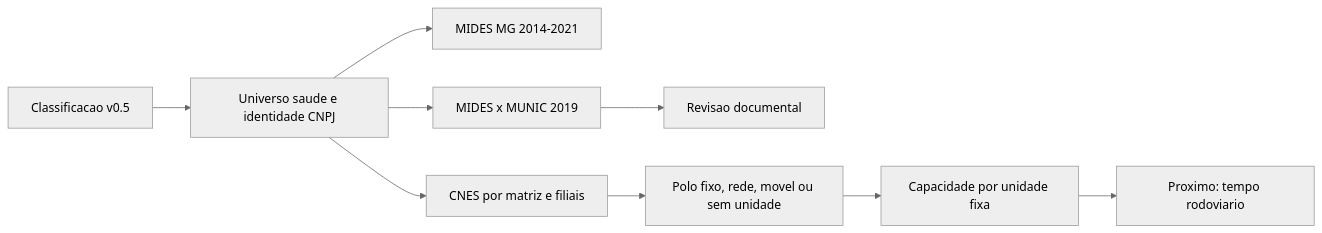
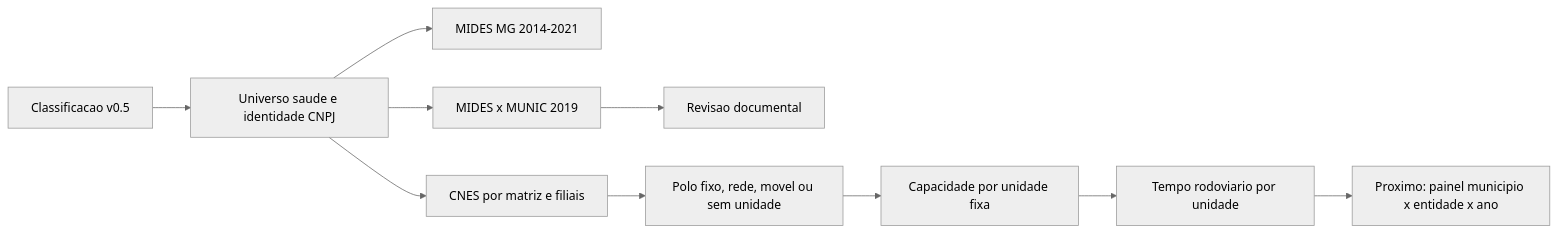
Before and after one commit to driano1221/consorcios-mg-dados-territorio: the diagram in analises/modelo_gravitacional_saude/README.md, drawn with Mermaid (neutral theme). The commit also changed other lines of this file and 9 other files, not shown here.

Commit message:
feat: integrar tempo rodoviario da oferta de saude

````diff
--- a/analises/modelo_gravitacional_saude/README.md
+++ b/analises/modelo_gravitacional_saude/README.md
@@ -31,11 +33,12 @@
 ```mermaid
 flowchart LR
   A[Classificacao v0.5] --> B[Universo saude e identidade CNPJ]
   B --> C[MIDES MG 2014-2021]
   B --> D[MIDES x MUNIC 2019]
   D --> E[Revisao documental]
   B --> F[CNES por matriz e filiais]
   F --> G[Polo fixo, rede, movel ou sem unidade]
   G --> H[Capacidade por unidade fixa]
-  H --> I[Proximo: tempo rodoviario]
+  H --> I[Tempo rodoviario por unidade]
+  I --> J[Proximo: painel municipio x entidade x ano]
 ```
````
